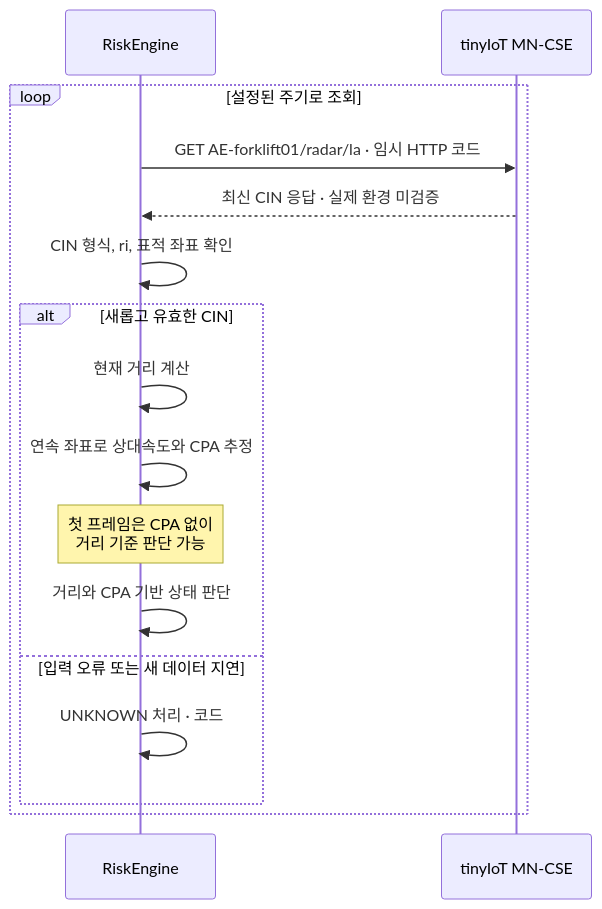
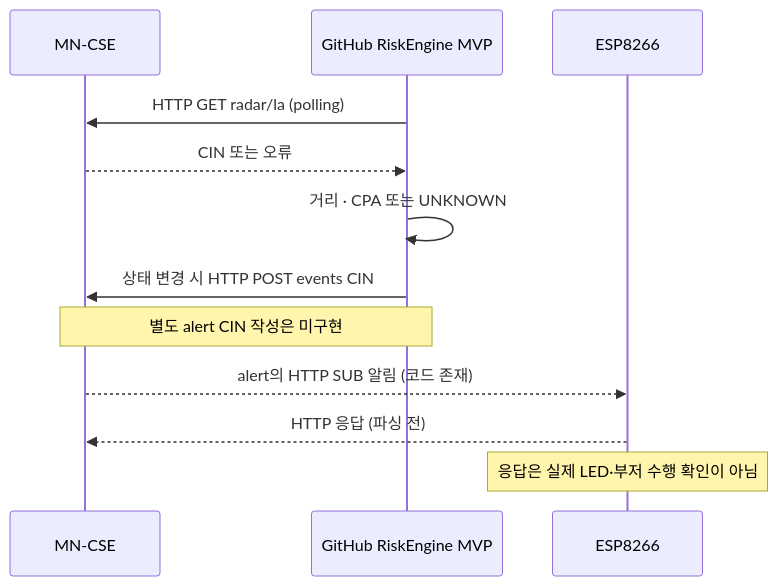
One commit to extra-7ex/Sejong_4IoT_OneM2M changed the fourth of 4 diagrams in docs/architecture.md. Above: the diagram before and after it, drawn with Mermaid. The commit also changed other lines of this file and 1 other file, not shown here.

````diff
--- a/docs/architecture.md
+++ b/docs/architecture.md
@@ -117,18 +77,14 @@
 ```mermaid
 sequenceDiagram
-    participant Engine as RiskEngine
-    participant CSE as tinyIoT MN-CSE
-    loop 설정된 주기로 조회
-        Engine->>CSE: GET AE-forklift01/radar/la · 임시 HTTP 코드
-        CSE-->>Engine: 최신 CIN 응답 · 실제 환경 미검증
-        Engine->>Engine: CIN 형식, ri, 표적 좌표 확인
-        alt 새롭고 유효한 CIN
-            Engine->>Engine: 현재 거리 계산
-            Engine->>Engine: 연속 좌표로 상대속도와 CPA 추정
-            Note over Engine: 첫 프레임은 CPA 없이<br/>거리 기준 판단 가능
-            Engine->>Engine: 거리와 CPA 기반 상태 판단
-        else 입력 오류 또는 새 데이터 지연
-            Engine->>Engine: UNKNOWN 처리 · 코드
-        end
-    end
+  participant C as MN-CSE
+  participant R as GitHub RiskEngine MVP
+  participant E as ESP8266
+  R->>C: HTTP GET radar/la (polling)
+  C-->>R: CIN 또는 오류
+  R->>R: 거리 · CPA 또는 UNKNOWN
+  R->>C: 상태 변경 시 HTTP POST events CIN
+  Note over R,C: 별도 alert CIN 작성은 미구현
+  C-->>E: alert의 HTTP SUB 알림 (코드 존재)
+  E-->>C: HTTP 응답 (파싱 전)
+  Note over E: 응답은 실제 LED·부저 수행 확인이 아님
 ```
````
